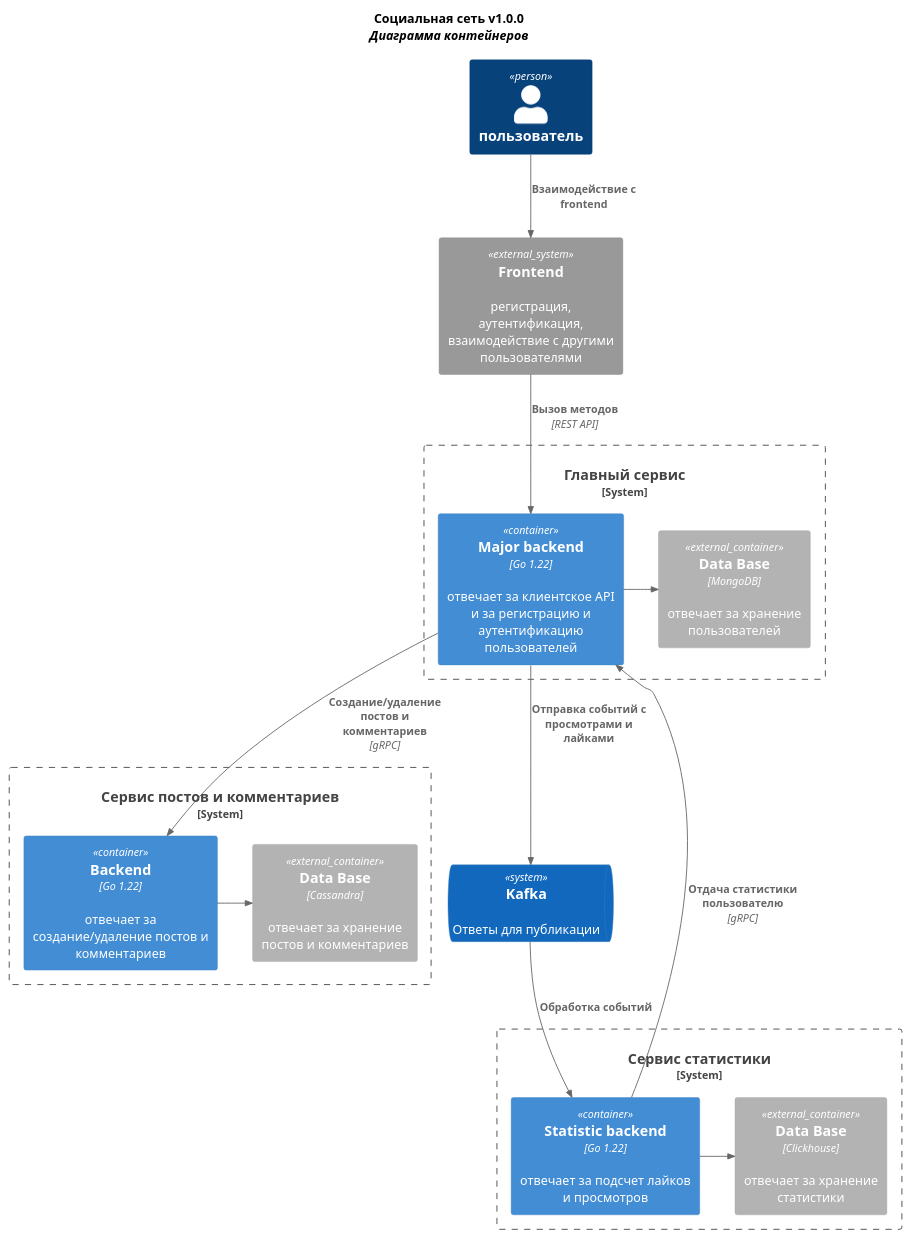
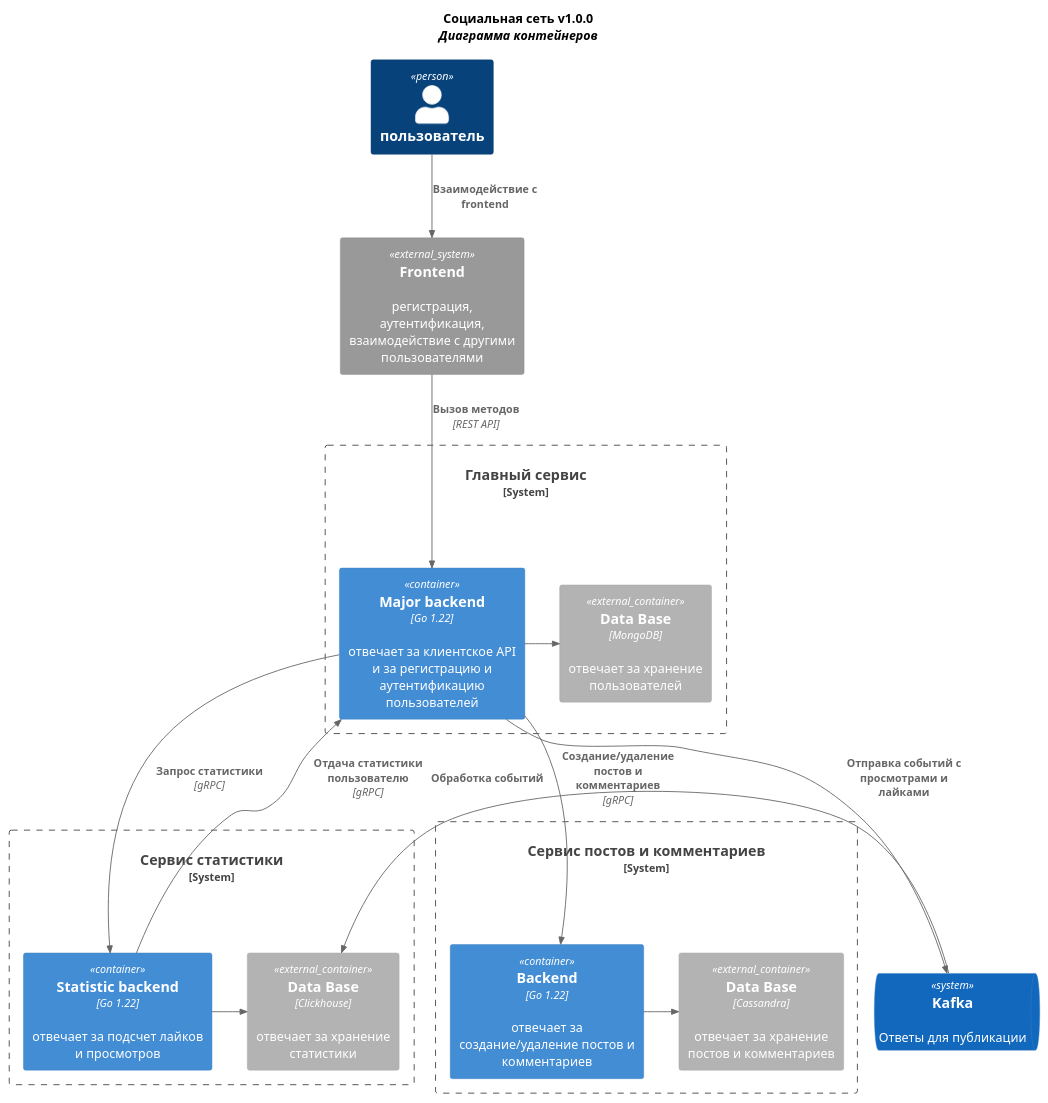
Before and after one commit to Navalgan/Service-oriented-architectures: the diagram in doc/c4-containers.puml, drawn with PlantUML. The commit also changed 16 other files, not shown here.

```diff
--- a/doc/c4-containers.puml
+++ b/doc/c4-containers.puml
@@ -1,50 +1,52 @@
 @startuml Add context
 
 !include https://raw.githubusercontent.com/plantuml-stdlib/C4-PlantUML/master/C4_Container.puml
 
 title
     <b>Социальная сеть v1.0.0</b>
     <i>Диаграмма контейнеров</i>
 end title
 
 
 Person(user, пользователь)
 
 System_Ext(frontend, Frontend, "регистрация, аутентификация, взаимодействие с другими пользователями")
 
 Rel(user, frontend, "Взаимодействие с frontend")
 
 System_Boundary(major, "Главный сервис") {
     Container(admin, "Major backend", "Go 1.22", "отвечает за клиентское API и за регистрацию и аутентификацию пользователей")
     Container_Ext(admin_DB, "Data Base", "MongoDB", "отвечает за хранение пользователей")
 
     Rel_R(admin, admin_DB, " ")
 }
 
 Rel(frontend, admin, "Вызов методов", "REST API")
 
 SystemQueue(kafka, "Kafka", "Ответы для публикации")
 
 Rel(admin, kafka, "Отправка событий с просмотрами и лайками")
 
 System_Boundary(statistic, "Сервис статистики") {
     Container(statistics_admin, "Statistic backend", "Go 1.22", "отвечает за подсчет лайков и просмотров")
     Container_Ext(statistics_DB, "Data Base", "Clickhouse", "отвечает за хранение статистики")
 
     Rel_R(statistics_admin, statistics_DB, " ")
 }
 
-Rel(kafka, statistics_admin, "Обработка событий")
+Rel(admin, statistics_admin, "Запрос статистики", "gRPC")
+
+Rel(kafka, statistics_DB, "Обработка событий")
 
 Rel(statistics_admin, admin, "Отдача статистики пользователю", "gRPC")
 
 System_Boundary(posts_comments, "Сервис постов и комментариев") {
     Container(posts_comments_admin, "Backend", "Go 1.22", "отвечает за создание/удаление постов и комментариев")
     Container_Ext(posts_comments_DB, "Data Base", "Cassandra", "отвечает за хранение постов и комментариев")
 
     Rel_R(posts_comments_admin, posts_comments_DB, " ")
 }
 
 Rel(admin, posts_comments_admin, "Создание/удаление постов и комментариев", "gRPC")
 
 @enduml
```
